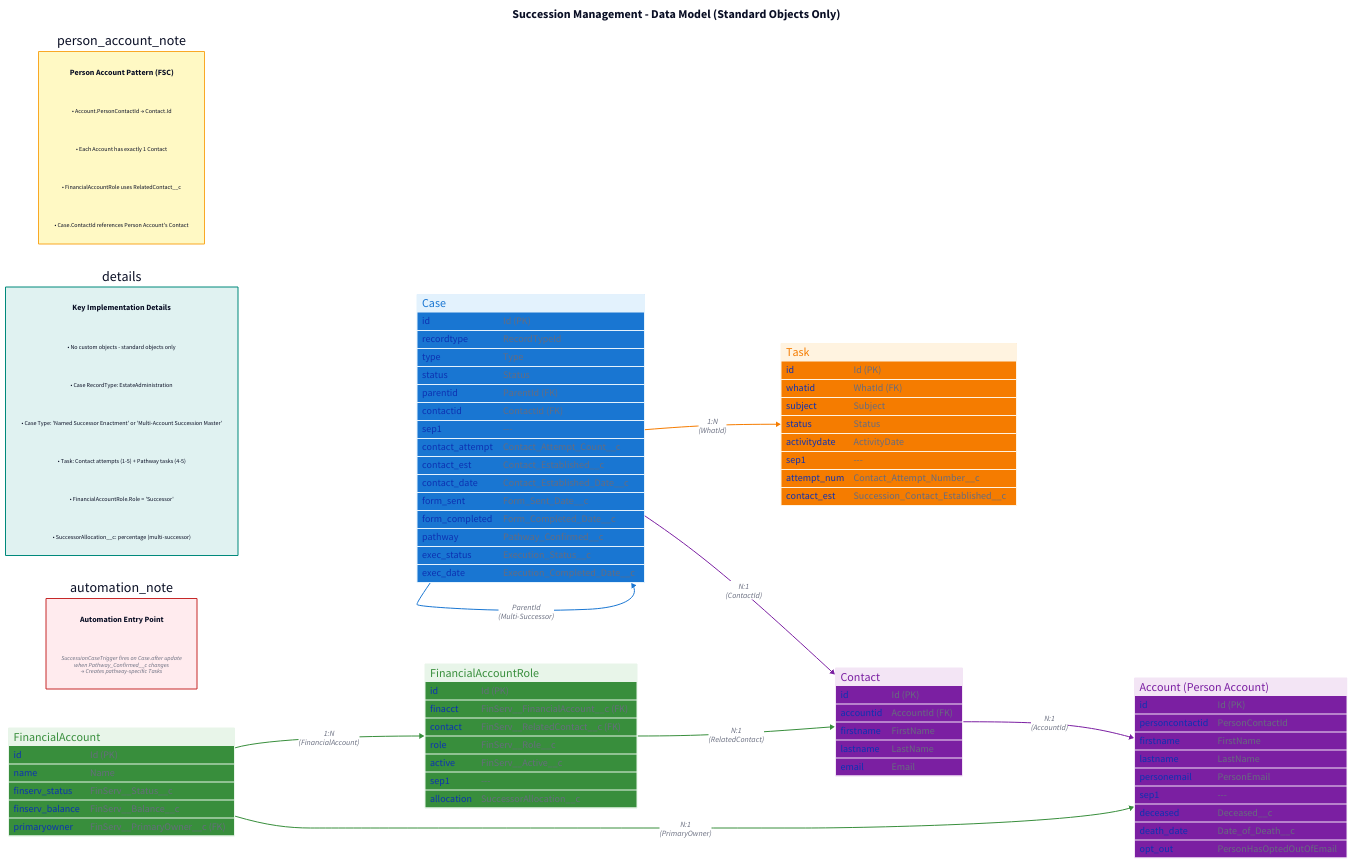
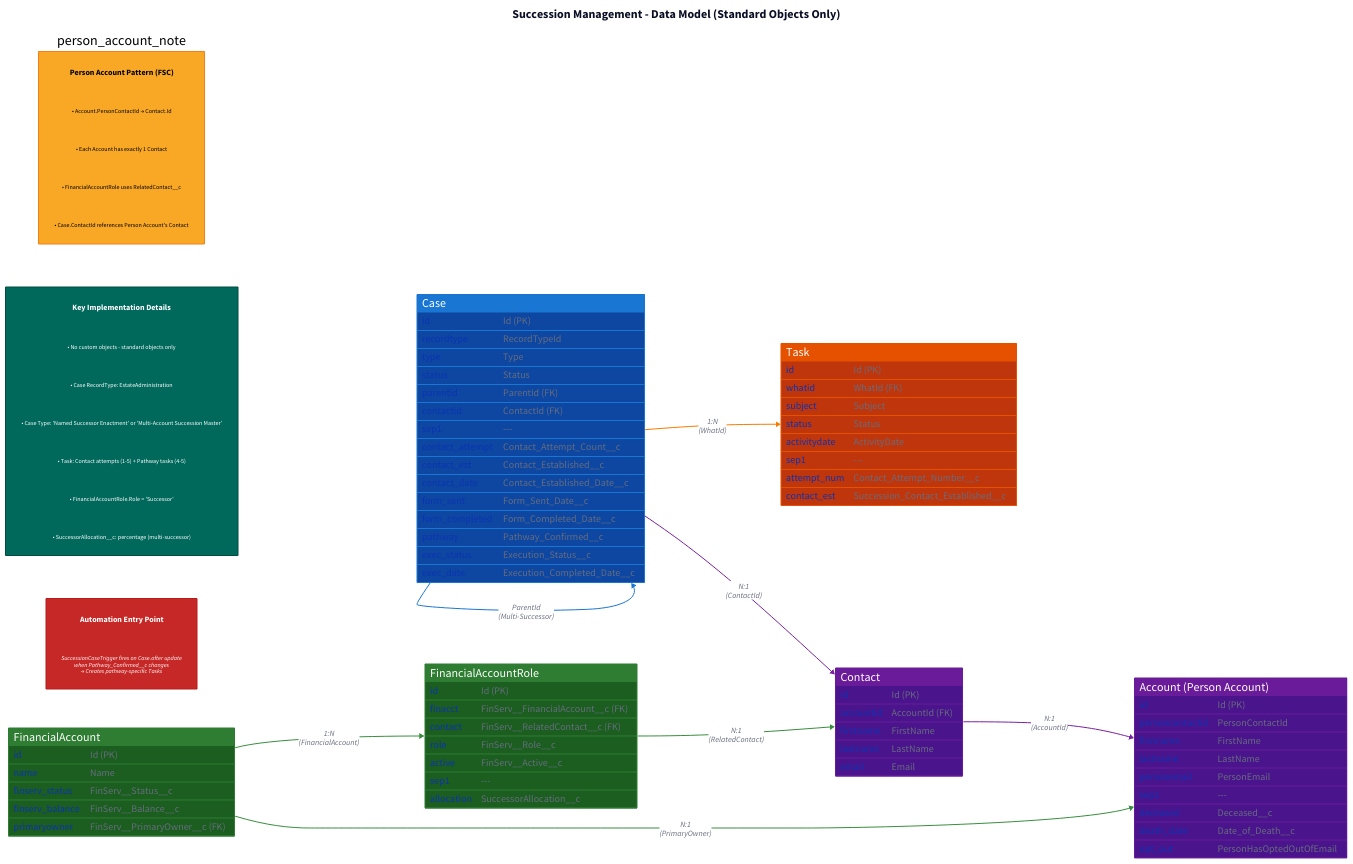
Before and after one commit to josh-rojas/Estates-SFDX-Project: the diagram in docs/diagrams/d2/data_model_erd.d2, drawn with D2. The commit also changed 7 other files, not shown here.

First line of the commit message:
docs: improve diagram contrast with darker colors and white text

```diff
--- a/docs/diagrams/d2/data_model_erd.d2
+++ b/docs/diagrams/d2/data_model_erd.d2
@@ -11,93 +11,99 @@
 # Entities
 case: Case {
   shape: sql_table
-  style.fill: "#e3f2fd"
-  style.stroke: "#1976d2"
+  style.fill: "#1976d2"
+  style.stroke: "#0d47a1"
+  style.font-color: "#ffffff"
   
-  id: Id (PK) {shape: text}
-  recordtype: RecordTypeId {shape: text}
-  type: Type {shape: text}
-  status: Status {shape: text}
-  parentid: ParentId (FK) {shape: text}
-  contactid: ContactId (FK) {shape: text}
-  sep1: --- {shape: text}
-  contact_attempt: Contact_Attempt_Count__c {shape: text}
-  contact_est: Contact_Established__c {shape: text}
-  contact_date: Contact_Established_Date__c {shape: text}
-  form_sent: Form_Sent_Date__c {shape: text}
-  form_completed: Form_Completed_Date__c {shape: text}
-  pathway: Pathway_Confirmed__c {shape: text}
-  exec_status: Execution_Status__c {shape: text}
-  exec_date: Execution_Completed_Date__c {shape: text}
+  id: Id (PK) {shape: text; style.font-color: "#ffffff"}
+  recordtype: RecordTypeId {shape: text; style.font-color: "#ffffff"}
+  type: Type {shape: text; style.font-color: "#ffffff"}
+  status: Status {shape: text; style.font-color: "#ffffff"}
+  parentid: ParentId (FK) {shape: text; style.font-color: "#ffffff"}
+  contactid: ContactId (FK) {shape: text; style.font-color: "#ffffff"}
+  sep1: --- {shape: text; style.font-color: "#ffffff"}
+  contact_attempt: Contact_Attempt_Count__c {shape: text; style.font-color: "#ffffff"}
+  contact_est: Contact_Established__c {shape: text; style.font-color: "#ffffff"}
+  contact_date: Contact_Established_Date__c {shape: text; style.font-color: "#ffffff"}
+  form_sent: Form_Sent_Date__c {shape: text; style.font-color: "#ffffff"}
+  form_completed: Form_Completed_Date__c {shape: text; style.font-color: "#ffffff"}
+  pathway: Pathway_Confirmed__c {shape: text; style.font-color: "#ffffff"}
+  exec_status: Execution_Status__c {shape: text; style.font-color: "#ffffff"}
+  exec_date: Execution_Completed_Date__c {shape: text; style.font-color: "#ffffff"}
 }
 
 task: Task {
   shape: sql_table
-  style.fill: "#fff3e0"
-  style.stroke: "#f57c00"
+  style.fill: "#e65100"
+  style.stroke: "#bf360c"
+  style.font-color: "#ffffff"
   
-  id: Id (PK) {shape: text}
-  whatid: WhatId (FK) {shape: text}
-  subject: Subject {shape: text}
-  status: Status {shape: text}
-  activitydate: ActivityDate {shape: text}
-  sep1: --- {shape: text}
-  attempt_num: Contact_Attempt_Number__c {shape: text}
-  contact_est: Succession_Contact_Established__c {shape: text}
+  id: Id (PK) {shape: text; style.font-color: "#ffffff"}
+  whatid: WhatId (FK) {shape: text; style.font-color: "#ffffff"}
+  subject: Subject {shape: text; style.font-color: "#ffffff"}
+  status: Status {shape: text; style.font-color: "#ffffff"}
+  activitydate: ActivityDate {shape: text; style.font-color: "#ffffff"}
+  sep1: --- {shape: text; style.font-color: "#ffffff"}
+  attempt_num: Contact_Attempt_Number__c {shape: text; style.font-color: "#ffffff"}
+  contact_est: Succession_Contact_Established__c {shape: text; style.font-color: "#ffffff"}
 }
 
 account: Account (Person Account) {
   shape: sql_table
-  style.fill: "#f3e5f5"
-  style.stroke: "#7b1fa2"
+  style.fill: "#6a1b9a"
+  style.stroke: "#4a148c"
+  style.font-color: "#ffffff"
   
-  id: Id (PK) {shape: text}
-  personcontactid: PersonContactId {shape: text}
-  firstname: FirstName {shape: text}
-  lastname: LastName {shape: text}
-  personemail: PersonEmail {shape: text}
-  sep1: --- {shape: text}
-  deceased: Deceased__c {shape: text}
-  death_date: Date_of_Death__c {shape: text}
-  opt_out: PersonHasOptedOutOfEmail {shape: text}
+  id: Id (PK) {shape: text; style.font-color: "#ffffff"}
+  personcontactid: PersonContactId {shape: text; style.font-color: "#ffffff"}
+  firstname: FirstName {shape: text; style.font-color: "#ffffff"}
+  lastname: LastName {shape: text; style.font-color: "#ffffff"}
+  personemail: PersonEmail {shape: text; style.font-color: "#ffffff"}
+  sep1: --- {shape: text; style.font-color: "#ffffff"}
+  deceased: Deceased__c {shape: text; style.font-color: "#ffffff"}
+  death_date: Date_of_Death__c {shape: text; style.font-color: "#ffffff"}
+  opt_out: PersonHasOptedOutOfEmail {shape: text; style.font-color: "#ffffff"}
 }
 
 contact: Contact {
   shape: sql_table
-  style.fill: "#f3e5f5"
-  style.stroke: "#7b1fa2"
+  style.fill: "#6a1b9a"
+  style.stroke: "#4a148c"
+  style.font-color: "#ffffff"
   
-  id: Id (PK) {shape: text}
-  accountid: AccountId (FK) {shape: text}
-  firstname: FirstName {shape: text}
-  lastname: LastName {shape: text}
-  email: Email {shape: text}
+  id: Id (PK) {shape: text; style.font-color: "#ffffff"}
+  accountid: AccountId (FK) {shape: text; style.font-color: "#ffffff"}
+  firstname: FirstName {shape: text; style.font-color: "#ffffff"}
+  lastname: LastName {shape: text; style.font-color: "#ffffff"}
+  email: Email {shape: text; style.font-color: "#ffffff"}
 }
 
 finacct: FinancialAccount {
   shape: sql_table
-  style.fill: "#e8f5e9"
-  style.stroke: "#388e3c"
+  style.fill: "#2e7d32"
+  style.stroke: "#1b5e20"
+  style.font-color: "#ffffff"
   
-  id: Id (PK) {shape: text}
-  name: Name {shape: text}
-  finserv_status: FinServ__Status__c {shape: text}
-  finserv_balance: FinServ__Balance__c {shape: text}
-  primaryowner: FinServ__PrimaryOwner__c (FK) {shape: text}
+  id: Id (PK) {shape: text; style.font-color: "#ffffff"}
+  name: Name {shape: text; style.font-color: "#ffffff"}
+  finserv_status: FinServ__Status__c {shape: text; style.font-color: "#ffffff"}
+  finserv_balance: FinServ__Balance__c {shape: text; style.font-color: "#ffffff"}
+  primaryowner: FinServ__PrimaryOwner__c (FK) {shape: text; style.font-color: "#ffffff"}
 }
 
 finrole: FinancialAccountRole {
   shape: sql_table
-  style.fill: "#e8f5e9"
-  style.stroke: "#388e3c"
+  style.fill: "#2e7d32"
+  style.stroke: "#1b5e20"
+  style.font-color: "#ffffff"
   
-  id: Id (PK) {shape: text}
-  finacct: FinServ__FinancialAccount__c (FK) {shape: text}
-  contact: FinServ__RelatedContact__c (FK) {shape: text}
-  role: FinServ__Role__c {shape: text}
-  active: FinServ__Active__c {shape: text}
-  sep1: --- {shape: text}
-  allocation: SuccessorAllocation__c {shape: text}
+  id: Id (PK) {shape: text; style.font-color: "#ffffff"}
+  finacct: FinServ__FinancialAccount__c (FK) {shape: text; style.font-color: "#ffffff"}
+  contact: FinServ__RelatedContact__c (FK) {shape: text; style.font-color: "#ffffff"}
+  role: FinServ__Role__c {shape: text; style.font-color: "#ffffff"}
+  active: FinServ__Active__c {shape: text; style.font-color: "#ffffff"}
+  sep1: --- {shape: text; style.font-color: "#ffffff"}
+  allocation: SuccessorAllocation__c {shape: text; style.font-color: "#ffffff"}
 }
 
 # Relationships
@@ -139,94 +145,111 @@
 # Person Account pattern note
 person_account_note: {
   shape: rectangle
-  style.fill: "#fff9c4"
-  style.stroke: "#f9a825"
+  style.fill: "#f9a825"
+  style.stroke: "#f57f17"
+  style.font-color: "#000000"
   
   title: "Person Account Pattern (FSC)" {
     shape: text
     style.font-size: 16
     style.bold: true
+    style.font-color: "#000000"
   }
   
   note1: "• Account.PersonContactId → Contact.Id" {
     shape: text
     style.font-size: 12
+    style.font-color: "#000000"
   }
   
   note2: "• Each Account has exactly 1 Contact" {
     shape: text
     style.font-size: 12
+    style.font-color: "#000000"
   }
   
   note3: "• FinancialAccountRole uses RelatedContact__c" {
     shape: text
     style.font-size: 12
+    style.font-color: "#000000"
   }
   
   note4: "• Case.ContactId references Person Account's Contact" {
     shape: text
     style.font-size: 12
+    style.font-color: "#000000"
   }
 }
 
 # Key details
 details: {
   shape: rectangle
-  style.fill: "#e0f2f1"
-  style.stroke: "#00897b"
+  style.fill: "#00695c"
+  style.stroke: "#004d40"
+  style.font-color: "#ffffff"
   
   title: "Key Implementation Details" {
     shape: text
     style.font-size: 16
     style.bold: true
+    style.font-color: "#ffffff"
   }
   
   detail1: "• No custom objects - standard objects only" {
     shape: text
     style.font-size: 12
+    style.font-color: "#ffffff"
   }
   
   detail2: "• Case RecordType: EstateAdministration" {
     shape: text
     style.font-size: 12
+    style.font-color: "#ffffff"
   }
   
   detail3: "• Case Type: 'Named Successor Enactment' or 'Multi-Account Succession Master'" {
     shape: text
     style.font-size: 12
+    style.font-color: "#ffffff"
   }
   
   detail4: "• Task: Contact attempts (1-5) + Pathway tasks (4-5)" {
     shape: text
     style.font-size: 12
+    style.font-color: "#ffffff"
   }
   
   detail5: "• FinancialAccountRole.Role = 'Successor'" {
     shape: text
     style.font-size: 12
+    style.font-color: "#ffffff"
   }
   
   detail6: "• SuccessorAllocation__c: percentage (multi-successor)" {
     shape: text
     style.font-size: 12
+    style.font-color: "#ffffff"
   }
 }
 
 # Trigger automation note
 automation_note: {
   shape: rectangle
-  style.fill: "#ffebee"
-  style.stroke: "#c62828"
+  style.fill: "#c62828"
+  style.stroke: "#b71c1c"
+  style.font-color: "#ffffff"
   
   title: "Automation Entry Point" {
     shape: text
     style.font-size: 16
     style.bold: true
+    style.font-color: "#ffffff"
   }
   
   note: "SuccessionCaseTrigger fires on Case.after update\nwhen Pathway_Confirmed__c changes\n→ Creates pathway-specific Tasks" {
     shape: text
     style.font-size: 12
     style.italic: true
+    style.font-color: "#ffffff"
   }
 }
```
